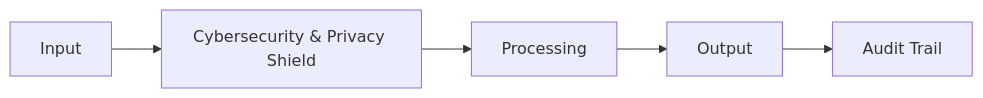
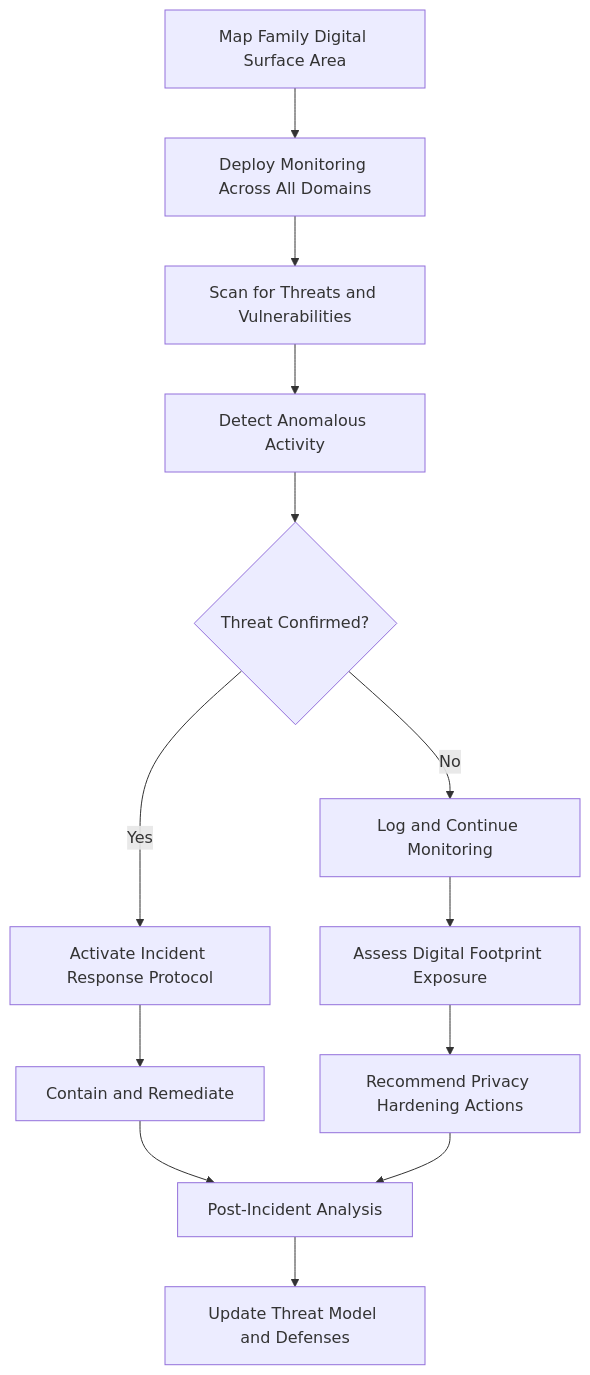
Before and after one commit to andrew-leo-2024/marketplace-docs: the diagram in docs/audiences/06-family-offices/cybersecurity-privacy-shield.mdx, drawn with Mermaid. The commit also changed other lines of this file and 401 other files, not shown here.

````diff
--- a/docs/audiences/06-family-offices/cybersecurity-privacy-shield.mdx
+++ b/docs/audiences/06-family-offices/cybersecurity-privacy-shield.mdx
@@ -29,7 +35,15 @@
 ```mermaid
-graph LR
-    A[Input] --> B[Cybersecurity & Privacy Shield]
-    B --> C[Processing]
-    C --> D[Output]
-    D --> E[Audit Trail]
+graph TD
+    A[Map Family Digital Surface Area] --> B[Deploy Monitoring Across All Domains]
+    B --> C[Scan for Threats and Vulnerabilities]
+    C --> D[Detect Anomalous Activity]
+    D --> E{Threat Confirmed?}
+    E -->|Yes| F[Activate Incident Response Protocol]
+    E -->|No| G[Log and Continue Monitoring]
+    F --> H[Contain and Remediate]
+    G --> I[Assess Digital Footprint Exposure]
+    I --> J[Recommend Privacy Hardening Actions]
+    H --> K[Post-Incident Analysis]
+    J --> K
+    K --> L[Update Threat Model and Defenses]
 ```
````
